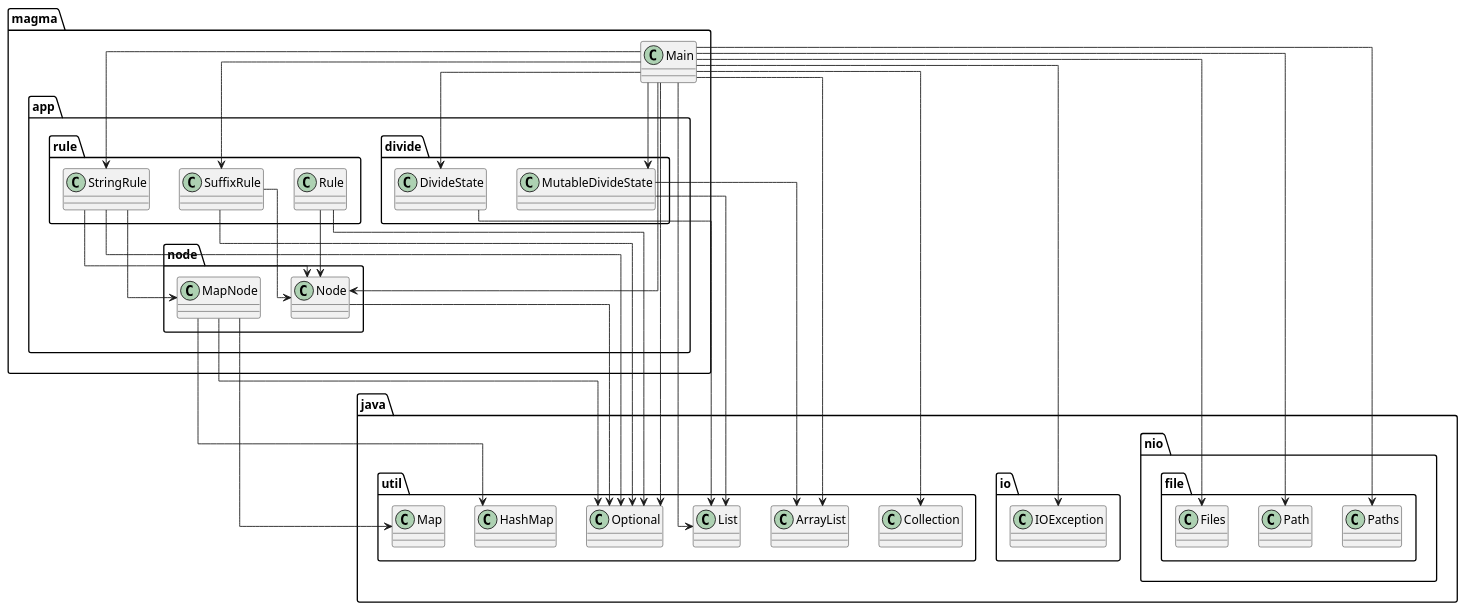
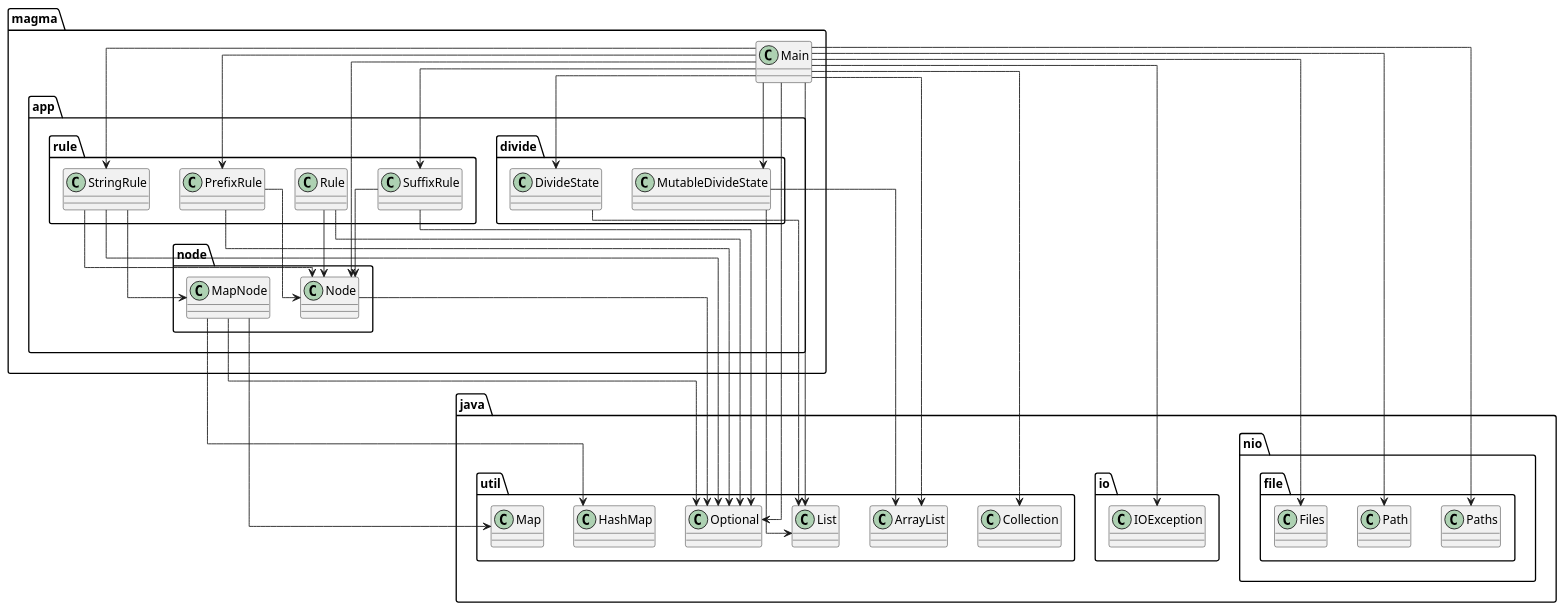
Before and after one commit to SirMathhman/Magma: the diagram in diagram.puml, drawn with PlantUML. The commit also changed 2 other files, not shown here.

Commit message:
PrefixRule

```diff
--- a/diagram.puml
+++ b/diagram.puml
@@ -1,38 +1,42 @@
 @startuml
 skinparam linetype ortho
 class magma.app.divide.DivideState
 magma.app.divide.DivideState --> java.util.List
 class magma.app.divide.MutableDivideState
 magma.app.divide.MutableDivideState --> java.util.ArrayList
 magma.app.divide.MutableDivideState --> java.util.List
 class magma.app.node.MapNode
 magma.app.node.MapNode --> java.util.HashMap
 magma.app.node.MapNode --> java.util.Map
 magma.app.node.MapNode --> java.util.Optional
 class magma.app.node.Node
 magma.app.node.Node --> java.util.Optional
+class magma.app.rule.PrefixRule
+magma.app.rule.PrefixRule --> magma.app.node.Node
+magma.app.rule.PrefixRule --> java.util.Optional
 class magma.app.rule.Rule
 magma.app.rule.Rule --> magma.app.node.Node
 magma.app.rule.Rule --> java.util.Optional
 class magma.app.rule.StringRule
 magma.app.rule.StringRule --> magma.app.node.MapNode
 magma.app.rule.StringRule --> magma.app.node.Node
 magma.app.rule.StringRule --> java.util.Optional
 class magma.app.rule.SuffixRule
 magma.app.rule.SuffixRule --> magma.app.node.Node
 magma.app.rule.SuffixRule --> java.util.Optional
 class magma.Main
+magma.Main --> magma.app.rule.PrefixRule
+magma.Main --> magma.app.divide.DivideState
 magma.Main --> magma.app.divide.MutableDivideState
 magma.Main --> magma.app.node.Node
-magma.Main --> magma.app.divide.DivideState
 magma.Main --> magma.app.rule.StringRule
 magma.Main --> magma.app.rule.SuffixRule
 magma.Main --> java.io.IOException
 magma.Main --> java.nio.file.Files
 magma.Main --> java.nio.file.Path
 magma.Main --> java.nio.file.Paths
 magma.Main --> java.util.ArrayList
 magma.Main --> java.util.Collection
 magma.Main --> java.util.List
 magma.Main --> java.util.Optional
 @enduml
```
